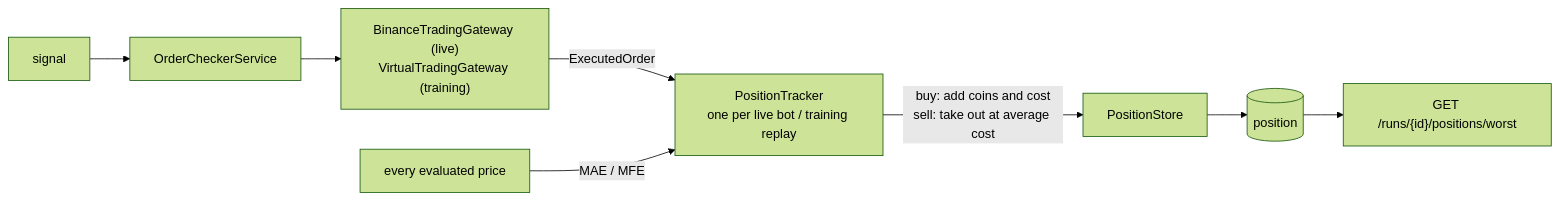
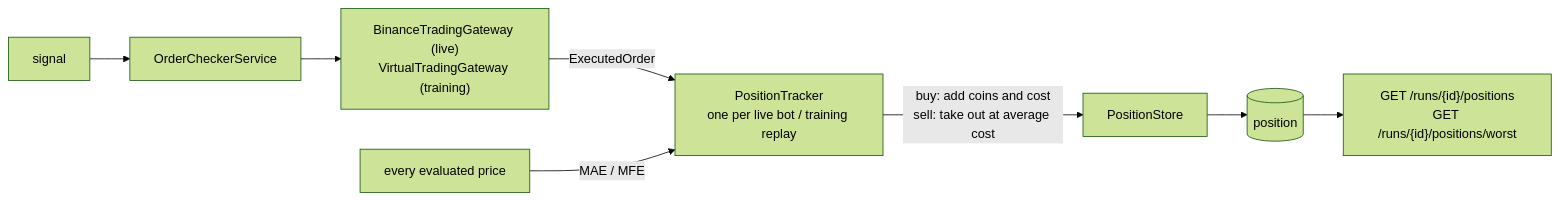
One commit to ShadowOfDiablo/t212-coding-task changed diagram 16 of 31 in docs/ARCHITECTURE.md. Above: the diagram before and after it, drawn with Mermaid (forest theme). The commit also changed other lines of this file and 7 other files, not shown here.

````diff
--- a/docs/ARCHITECTURE.md
+++ b/docs/ARCHITECTURE.md
@@ -631,10 +631,10 @@
 ```mermaid
 flowchart LR
     Signal["signal"] --> Checker["OrderCheckerService"]
     Checker --> Gateway["BinanceTradingGateway (live)<br/>VirtualTradingGateway (training)"]
     Gateway -- "ExecutedOrder" --> Tracker["PositionTracker<br/>one per live bot / training replay"]
     Price["every evaluated price"] -- "MAE / MFE" --> Tracker
     Tracker -- "buy: add coins and cost<br/>sell: take out at average cost" --> Store["PositionStore"]
     Store --> Db[("position")]
-    Db --> Api["GET /runs/{id}/positions/worst"]
+    Db --> Api["GET /runs/{id}/positions<br/>GET /runs/{id}/positions/worst"]
 ```
````
